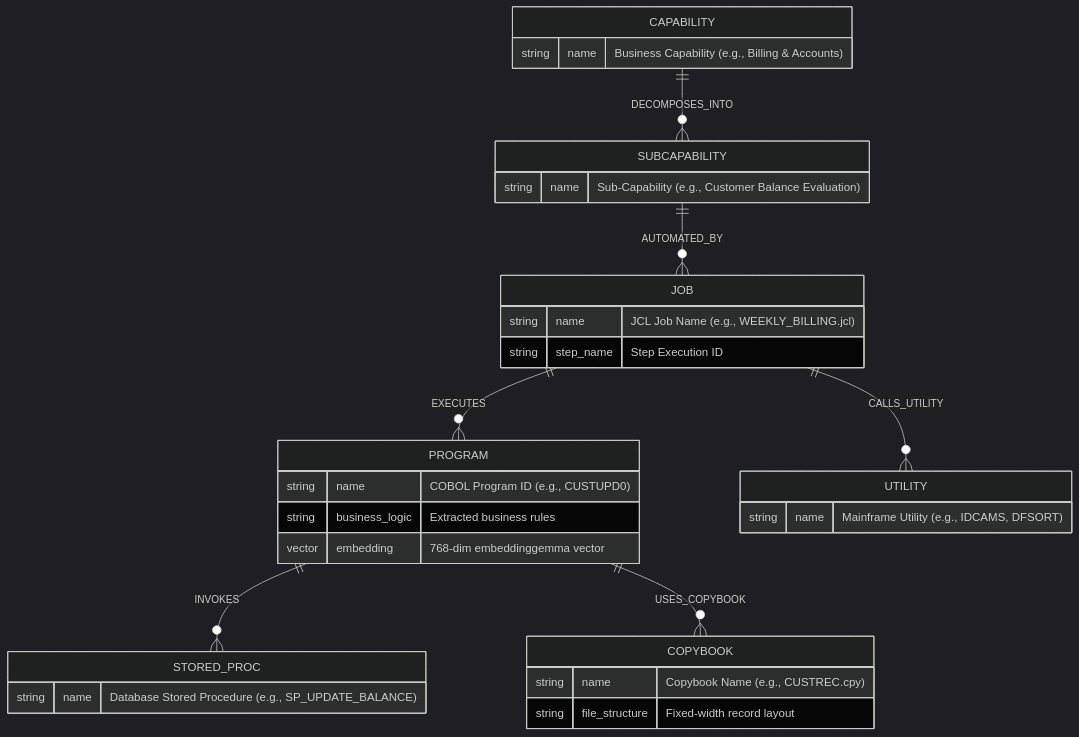
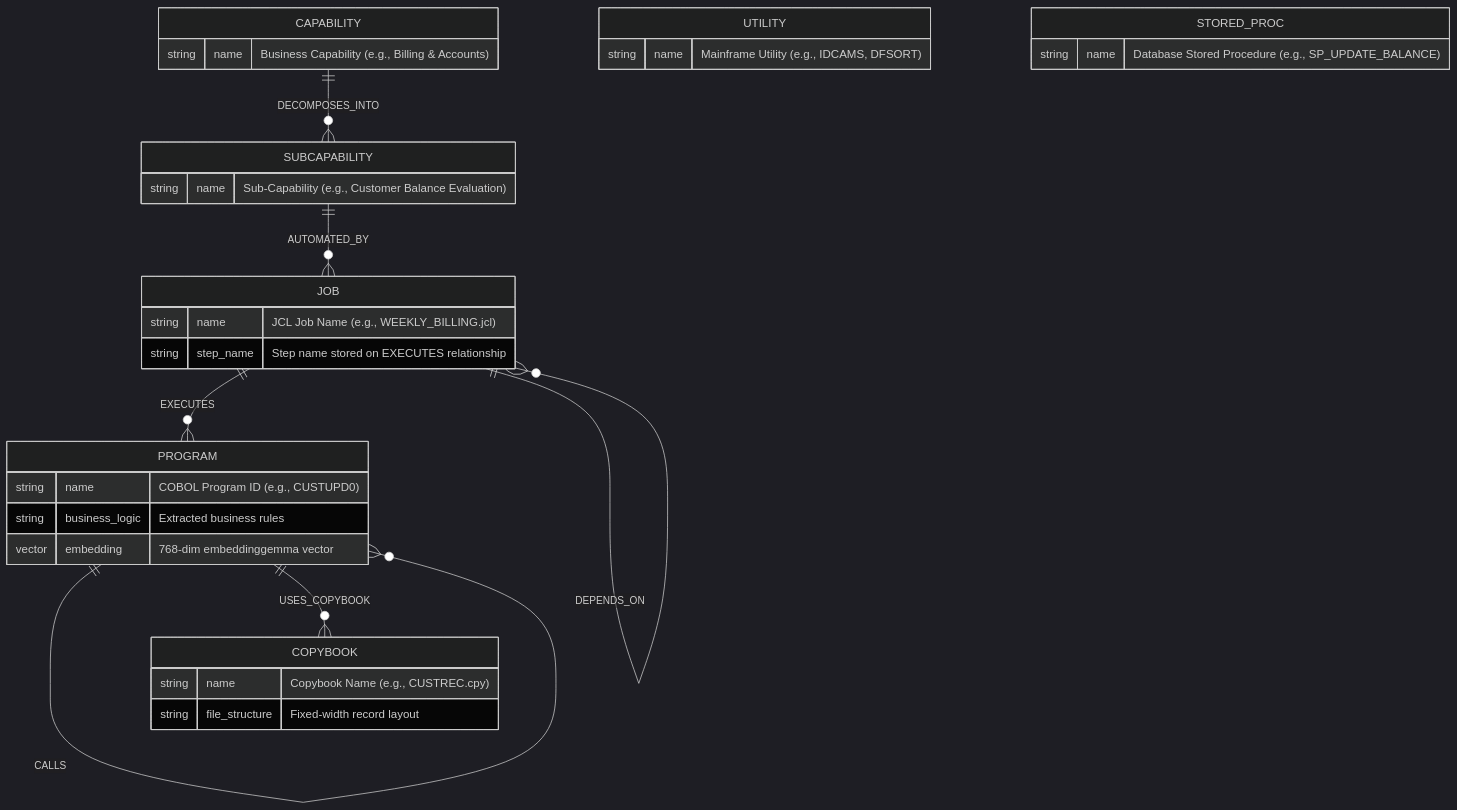
The fourth of 4 diagrams in README.md (pritamnikam/cobol-graphrag-modernizer), drawn with Mermaid (dark theme) before and after one commit. The commit also changed other lines of this file and 5 other files, not shown here.

````diff
--- a/README.md
+++ b/README.md
@@ -316,42 +344,42 @@
 ```mermaid
 erDiagram
     CAPABILITY {
         string name "Business Capability (e.g., Billing & Accounts)"
     }
     
     SUBCAPABILITY {
         string name "Sub-Capability (e.g., Customer Balance Evaluation)"
     }
 
     JOB {
         string name "JCL Job Name (e.g., WEEKLY_BILLING.jcl)"
-        string step_name "Step Execution ID"
+        string step_name "Step name stored on EXECUTES relationship"
     }
 
     PROGRAM {
         string name "COBOL Program ID (e.g., CUSTUPD0)"
         string business_logic "Extracted business rules"
         vector embedding "768-dim embeddinggemma vector"
     }
 
     UTILITY {
         string name "Mainframe Utility (e.g., IDCAMS, DFSORT)"
     }
 
     STORED_PROC {
         string name "Database Stored Procedure (e.g., SP_UPDATE_BALANCE)"
     }
 
     COPYBOOK {
         string name "Copybook Name (e.g., CUSTREC.cpy)"
         string file_structure "Fixed-width record layout"
     }
 
     CAPABILITY ||--o{ SUBCAPABILITY : "DECOMPOSES_INTO"
     SUBCAPABILITY ||--o{ JOB : "AUTOMATED_BY"
     JOB ||--o{ PROGRAM : "EXECUTES"
-    JOB ||--o{ UTILITY : "CALLS_UTILITY"
-    PROGRAM ||--o{ STORED_PROC : "INVOKES"
+    JOB ||--o{ JOB : "DEPENDS_ON"
+    PROGRAM ||--o{ PROGRAM : "CALLS"
     PROGRAM ||--o{ COPYBOOK : "USES_COPYBOOK"
 
 ```
````
